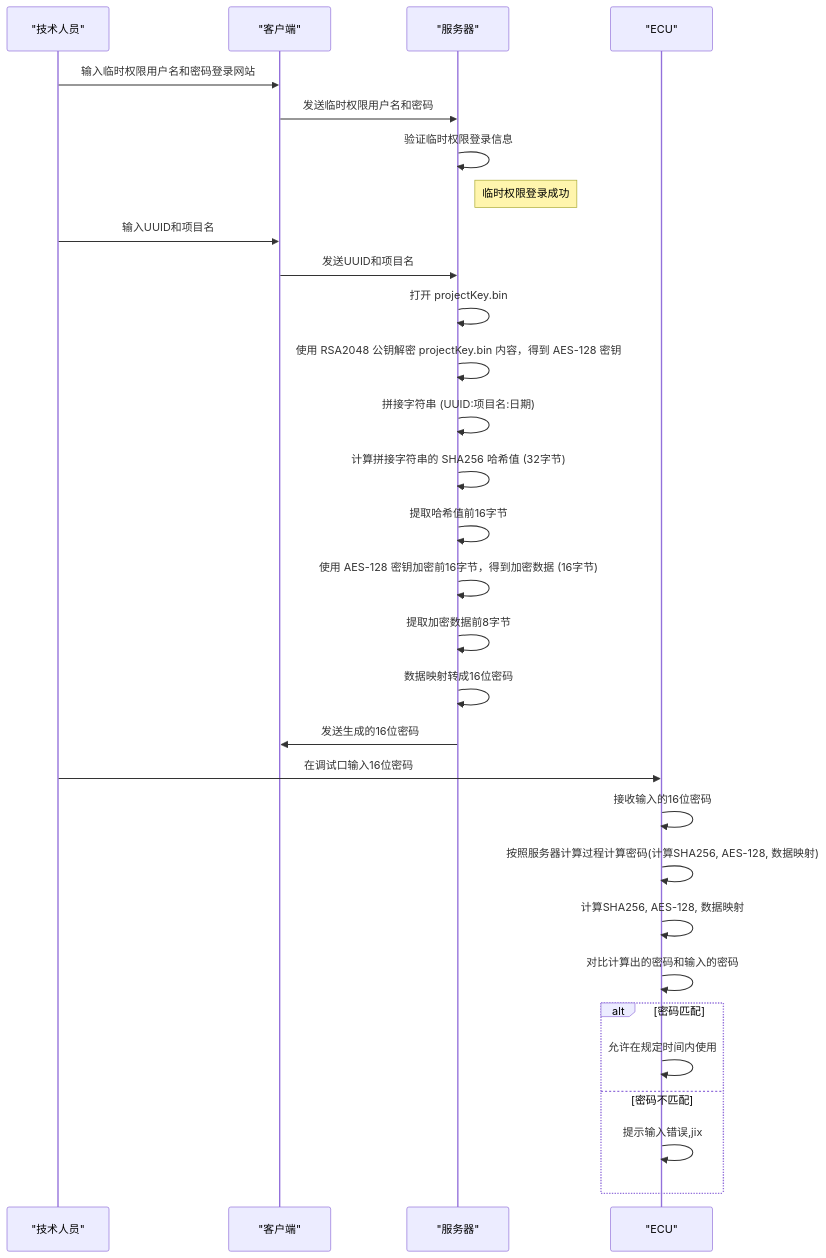
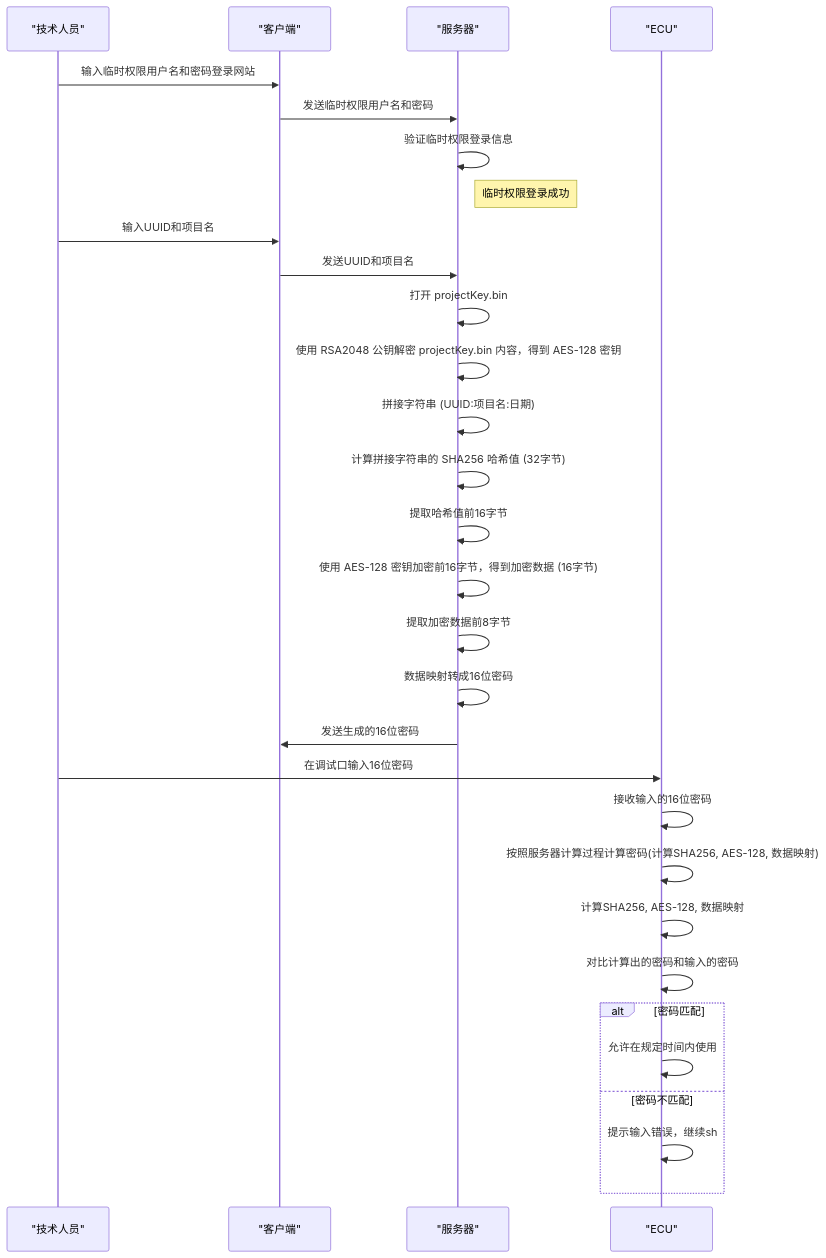
Before and after one commit to facebook-cloud/iodraw-files: the diagram in all/未命名-6.md, drawn with Mermaid.

Commit message:
2026-01-05 20:23:32 update

````diff
--- a/all/未命名-6.md
+++ b/all/未命名-6.md
@@ -1,42 +1,42 @@
 ```mermaid
 sequenceDiagram
     participant Technician as "技术人员"
     participant Client as "客户端"
     participant Server as "服务器"
     participant ECU as "ECU"
 
     Technician->>Client: 输入临时权限用户名和密码登录网站
     Client->>Server: 发送临时权限用户名和密码
 
     Server->>Server: 验证临时权限登录信息
     Note right of Server: 临时权限登录成功
 
     Technician->>Client: 输入UUID和项目名
     Client->>Server: 发送UUID和项目名
 
     Server->>Server: 打开 projectKey.bin
     Server->>Server: 使用 RSA2048 公钥解密 projectKey.bin 内容，得到 AES-128 密钥
 
     Server->>Server: 拼接字符串 (UUID:项目名:日期)
     Server->>Server: 计算拼接字符串的 SHA256 哈希值 (32字节)
     Server->>Server: 提取哈希值前16字节
     Server->>Server: 使用 AES-128 密钥加密前16字节，得到加密数据 (16字节)
     Server->>Server: 提取加密数据前8字节
     Server->>Server: 数据映射转成16位密码
 
     Server->>Client: 发送生成的16位密码
 
     Technician->>ECU: 在调试口输入16位密码
 
     ECU->>ECU: 接收输入的16位密码
     ECU->>ECU: 按照服务器计算过程计算密码(计算SHA256, AES-128, 数据映射)
 ;    ECU->>ECU: 计算SHA256, AES-128, 数据映射
 
     ECU->>ECU: 对比计算出的密码和输入的密码
     alt 密码匹配
         ECU->>ECU: 允许在规定时间内使用
     else 密码不匹配
-        ECU->>ECU: 提示输入错误,jix
+        ECU->>ECU: 提示输入错误，继续sh
     end
 
 ```
````
